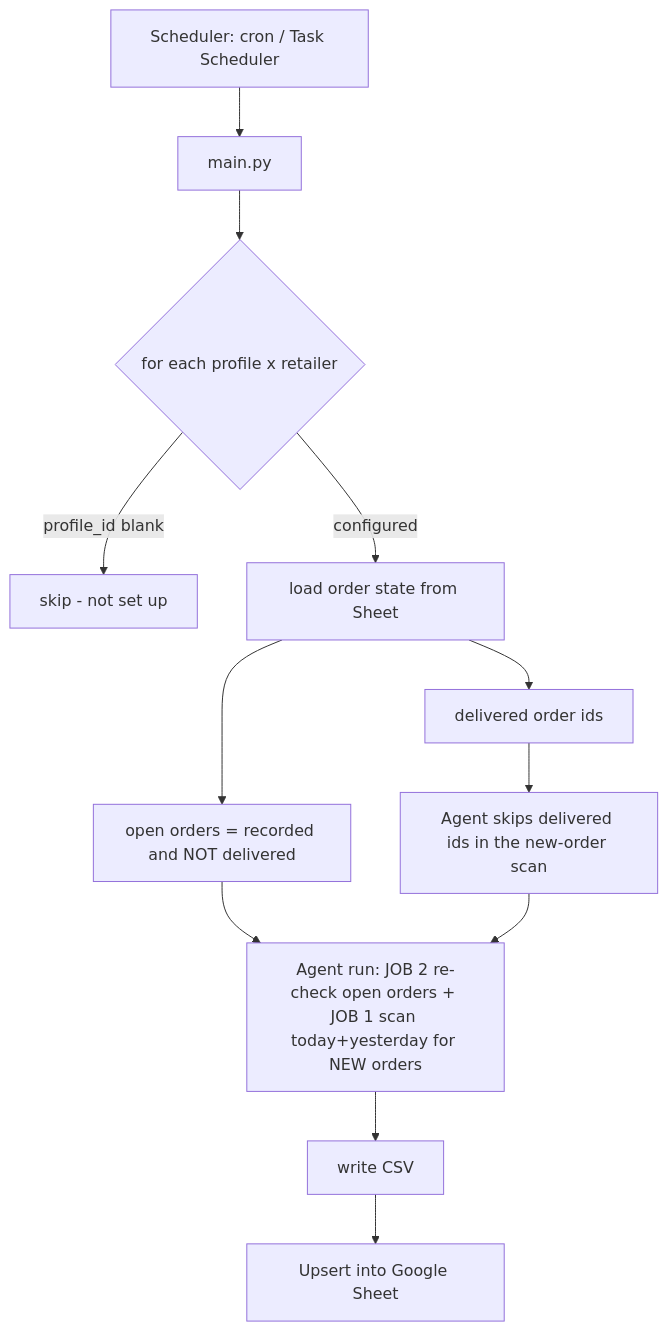
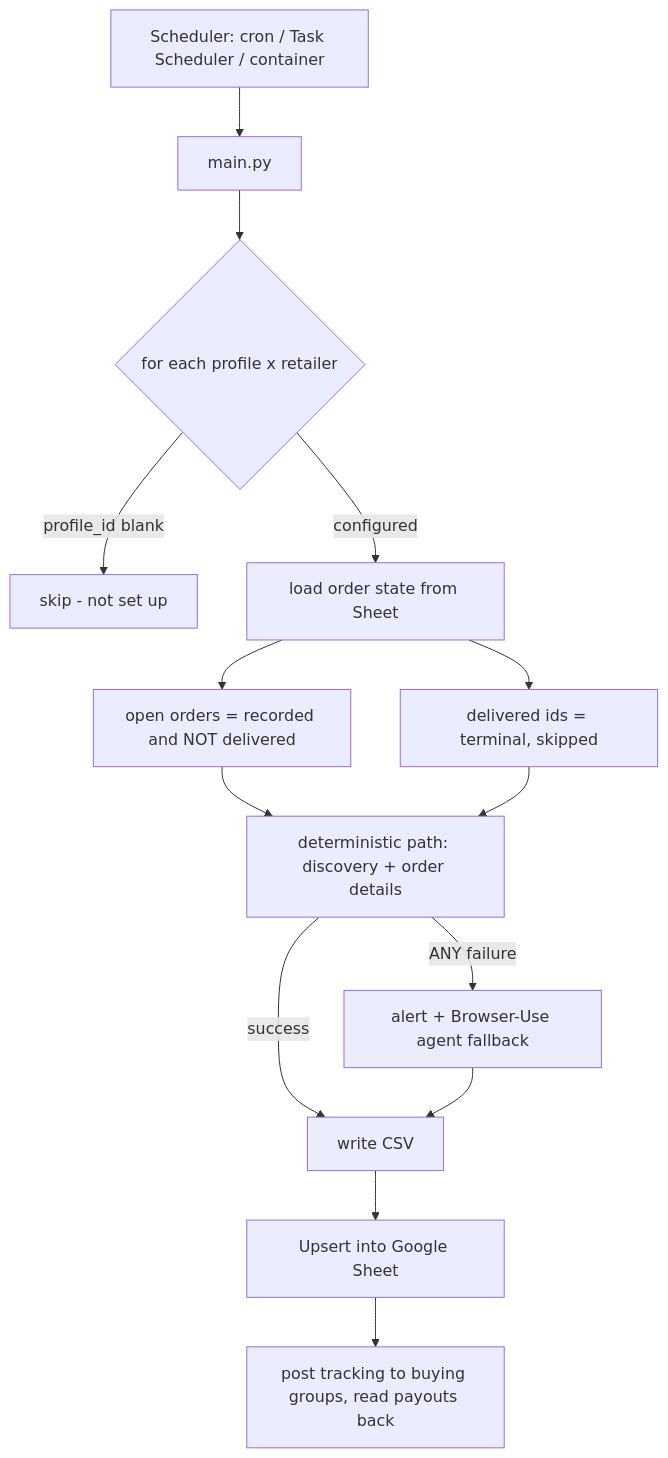
The first of 2 diagrams in README.md (ango-dev/BuyingGroupLedger), drawn with Mermaid before and after one commit. The commit also changed other lines of this file, not shown here.

````diff
--- a/README.md
+++ b/README.md
@@ -17,14 +53,16 @@
 ```mermaid
 flowchart TD
-    A[Scheduler: cron / Task Scheduler] --> B[main.py]
+    A[Scheduler: cron / Task Scheduler / container] --> B[main.py]
     B --> C{for each profile x retailer}
     C -->|profile_id blank| C0[skip - not set up]
     C -->|configured| D[load order state from Sheet]
     D --> E[open orders = recorded and NOT delivered]
-    D --> F[delivered order ids]
-    E --> I[Agent run: JOB 2 re-check open orders + JOB 1 scan today+yesterday for NEW orders]
-    F --> H[Agent skips delivered ids in the new-order scan]
-    H --> I
-    I --> K[write CSV]
+    D --> F[delivered ids = terminal, skipped]
+    E --> G[deterministic path: discovery + order details]
+    F --> G
+    G -->|success| K[write CSV]
+    G -->|ANY failure| Z[alert + Browser-Use agent fallback]
+    Z --> K
     K --> L[Upsert into Google Sheet]
+    L --> M[post tracking to buying groups, read payouts back]
 ```
````
